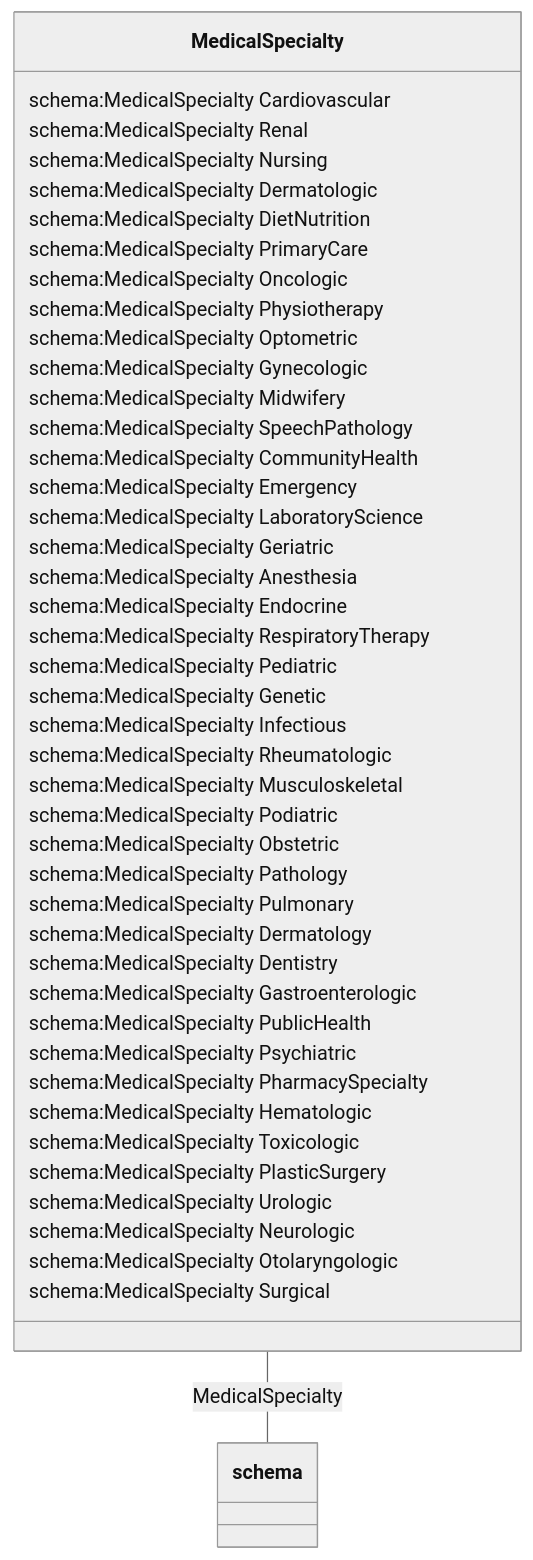
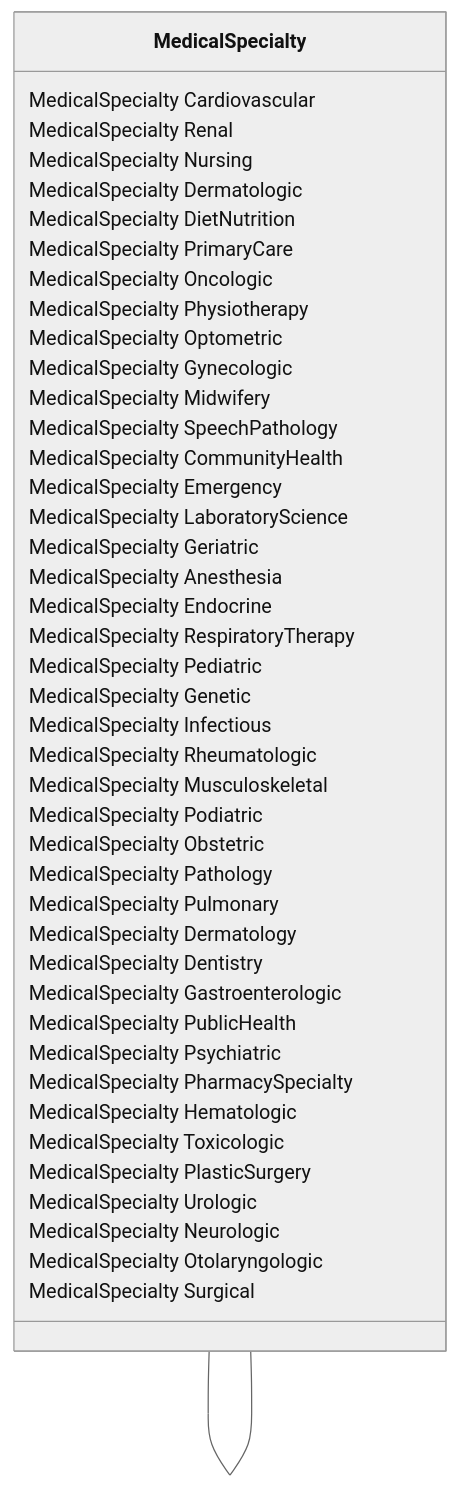
Before and after one commit to codexstanford/Insurance-Payout-Ontology: the diagram in datamodel-build/mermaid/MedicalSpecialty.mmd, drawn with Mermaid (neutral theme). The commit also changed 3245 other files, not shown here.

Commit message:
Clean build with full schema

```diff
--- a/datamodel-build/mermaid/MedicalSpecialty.mmd
+++ b/datamodel-build/mermaid/MedicalSpecialty.mmd
@@ -1,49 +1,49 @@
 classDiagram
-  MedicalSpecialty -- schema:MedicalSpecialty
+  MedicalSpecialty -- MedicalSpecialty
 
 
 class MedicalSpecialty {
 
-  schema:MedicalSpecialty Cardiovascular
-  schema:MedicalSpecialty Renal
-  schema:MedicalSpecialty Nursing
-  schema:MedicalSpecialty Dermatologic
-  schema:MedicalSpecialty DietNutrition
-  schema:MedicalSpecialty PrimaryCare
-  schema:MedicalSpecialty Oncologic
-  schema:MedicalSpecialty Physiotherapy
-  schema:MedicalSpecialty Optometric
-  schema:MedicalSpecialty Gynecologic
-  schema:MedicalSpecialty Midwifery
-  schema:MedicalSpecialty SpeechPathology
-  schema:MedicalSpecialty CommunityHealth
-  schema:MedicalSpecialty Emergency
-  schema:MedicalSpecialty LaboratoryScience
-  schema:MedicalSpecialty Geriatric
-  schema:MedicalSpecialty Anesthesia
-  schema:MedicalSpecialty Endocrine
-  schema:MedicalSpecialty RespiratoryTherapy
-  schema:MedicalSpecialty Pediatric
-  schema:MedicalSpecialty Genetic
-  schema:MedicalSpecialty Infectious
-  schema:MedicalSpecialty Rheumatologic
-  schema:MedicalSpecialty Musculoskeletal
-  schema:MedicalSpecialty Podiatric
-  schema:MedicalSpecialty Obstetric
-  schema:MedicalSpecialty Pathology
-  schema:MedicalSpecialty Pulmonary
-  schema:MedicalSpecialty Dermatology
-  schema:MedicalSpecialty Dentistry
-  schema:MedicalSpecialty Gastroenterologic
-  schema:MedicalSpecialty PublicHealth
-  schema:MedicalSpecialty Psychiatric
-  schema:MedicalSpecialty PharmacySpecialty
-  schema:MedicalSpecialty Hematologic
-  schema:MedicalSpecialty Toxicologic
-  schema:MedicalSpecialty PlasticSurgery
-  schema:MedicalSpecialty Urologic
-  schema:MedicalSpecialty Neurologic
-  schema:MedicalSpecialty Otolaryngologic
-  schema:MedicalSpecialty Surgical
+  MedicalSpecialty Cardiovascular
+  MedicalSpecialty Renal
+  MedicalSpecialty Nursing
+  MedicalSpecialty Dermatologic
+  MedicalSpecialty DietNutrition
+  MedicalSpecialty PrimaryCare
+  MedicalSpecialty Oncologic
+  MedicalSpecialty Physiotherapy
+  MedicalSpecialty Optometric
+  MedicalSpecialty Gynecologic
+  MedicalSpecialty Midwifery
+  MedicalSpecialty SpeechPathology
+  MedicalSpecialty CommunityHealth
+  MedicalSpecialty Emergency
+  MedicalSpecialty LaboratoryScience
+  MedicalSpecialty Geriatric
+  MedicalSpecialty Anesthesia
+  MedicalSpecialty Endocrine
+  MedicalSpecialty RespiratoryTherapy
+  MedicalSpecialty Pediatric
+  MedicalSpecialty Genetic
+  MedicalSpecialty Infectious
+  MedicalSpecialty Rheumatologic
+  MedicalSpecialty Musculoskeletal
+  MedicalSpecialty Podiatric
+  MedicalSpecialty Obstetric
+  MedicalSpecialty Pathology
+  MedicalSpecialty Pulmonary
+  MedicalSpecialty Dermatology
+  MedicalSpecialty Dentistry
+  MedicalSpecialty Gastroenterologic
+  MedicalSpecialty PublicHealth
+  MedicalSpecialty Psychiatric
+  MedicalSpecialty PharmacySpecialty
+  MedicalSpecialty Hematologic
+  MedicalSpecialty Toxicologic
+  MedicalSpecialty PlasticSurgery
+  MedicalSpecialty Urologic
+  MedicalSpecialty Neurologic
+  MedicalSpecialty Otolaryngologic
+  MedicalSpecialty Surgical
 
  }
```
